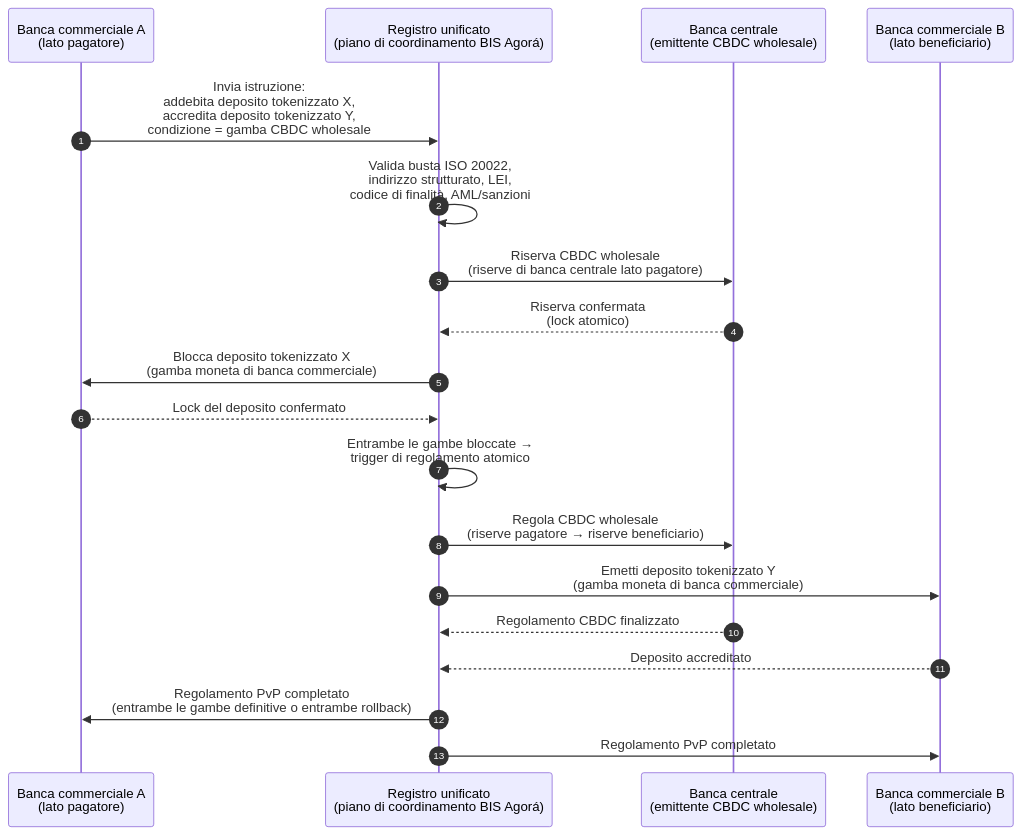
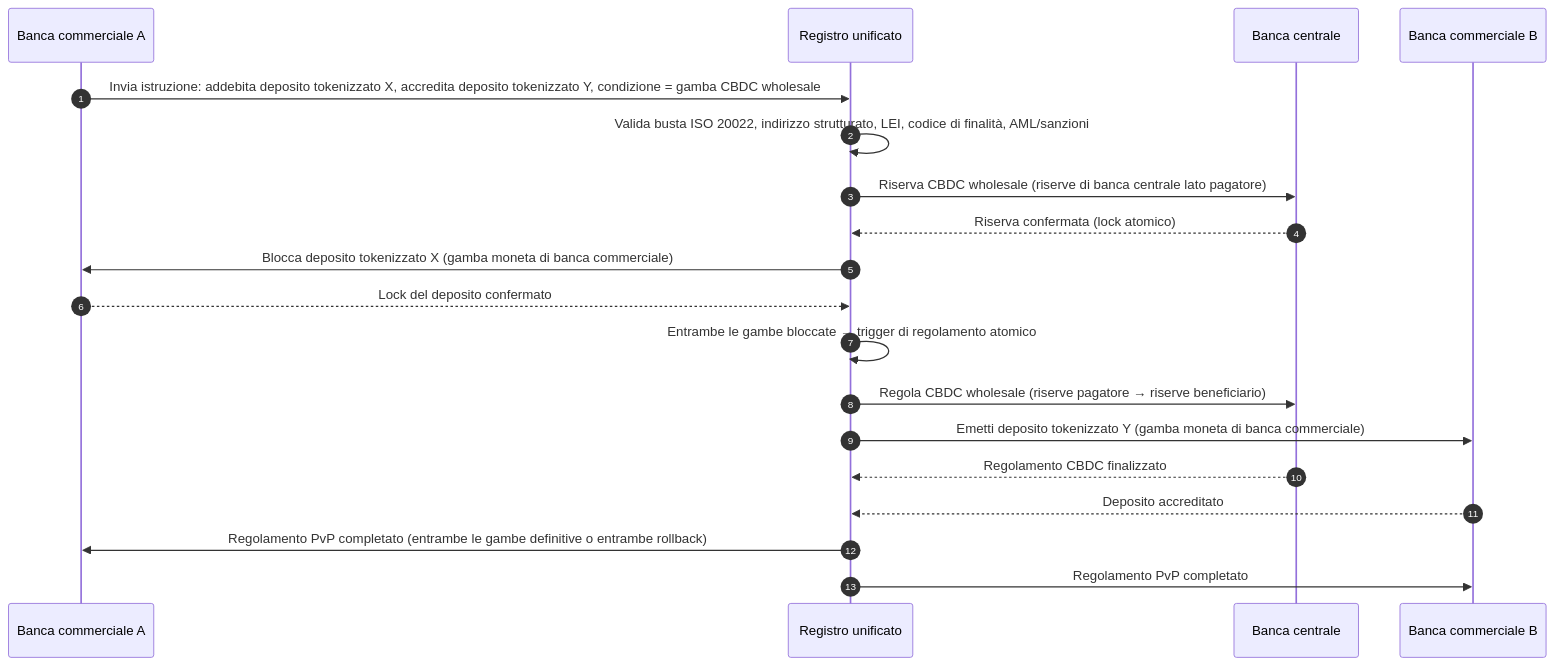
The diagram in _posts/it/2026-06-06-wholesale-payments-index-iso20022-tokenised-deposits-cross-border-2026.md (sebastienrousseau/sebastienrousseau.github.io), drawn with Mermaid before and after one commit. The commit also changed 2231 other files, not shown here.

First line of the commit message:
fix(mermaid): unblock Mermaid v10 rendering end-to-end (#198)

````diff
--- a/_posts/it/2026-06-06-wholesale-payments-index-iso20022-tokenised-deposits-cross-border-2026.md
+++ b/_posts/it/2026-06-06-wholesale-payments-index-iso20022-tokenised-deposits-cross-border-2026.md
@@ -170,22 +170,21 @@
 ```mermaid
 sequenceDiagram
     autonumber
-    participant CB_A as Banca commerciale A<br/>(lato pagatore)
-    participant UL as Registro unificato<br/>(piano di coordinamento BIS Agorá)
-    participant CBNK as Banca centrale<br/>(emittente CBDC wholesale)
-    participant CB_B as Banca commerciale B<br/>(lato beneficiario)
-
-    CB_A->>UL: Invia istruzione:<br/>addebita deposito tokenizzato X,<br/>accredita deposito tokenizzato Y,<br/>condizione = gamba CBDC wholesale
-    UL->>UL: Valida busta ISO 20022,<br/>indirizzo strutturato, LEI,<br/>codice di finalità, AML/sanzioni
-    UL->>CBNK: Riserva CBDC wholesale<br/>(riserve di banca centrale lato pagatore)
-    CBNK-->>UL: Riserva confermata<br/>(lock atomico)
-    UL->>CB_A: Blocca deposito tokenizzato X<br/>(gamba moneta di banca commerciale)
+    participant CB_A as Banca commerciale A
+    participant UL as Registro unificato
+    participant CBNK as Banca centrale
+    participant CB_B as Banca commerciale B
+    CB_A->>UL: Invia istruzione: addebita deposito tokenizzato X, accredita deposito tokenizzato Y, condizione = gamba CBDC wholesale
+    UL->>UL: Valida busta ISO 20022, indirizzo strutturato, LEI, codice di finalità, AML/sanzioni
+    UL->>CBNK: Riserva CBDC wholesale (riserve di banca centrale lato pagatore)
+    CBNK-->>UL: Riserva confermata (lock atomico)
+    UL->>CB_A: Blocca deposito tokenizzato X (gamba moneta di banca commerciale)
     CB_A-->>UL: Lock del deposito confermato
-    UL->>UL: Entrambe le gambe bloccate →<br/>trigger di regolamento atomico
-    UL->>CBNK: Regola CBDC wholesale<br/>(riserve pagatore → riserve beneficiario)
-    UL->>CB_B: Emetti deposito tokenizzato Y<br/>(gamba moneta di banca commerciale)
+    UL->>UL: Entrambe le gambe bloccate → trigger di regolamento atomico
+    UL->>CBNK: Regola CBDC wholesale (riserve pagatore → riserve beneficiario)
+    UL->>CB_B: Emetti deposito tokenizzato Y (gamba moneta di banca commerciale)
     CBNK-->>UL: Regolamento CBDC finalizzato
     CB_B-->>UL: Deposito accreditato
-    UL->>CB_A: Regolamento PvP completato<br/>(entrambe le gambe definitive o entrambe rollback)
+    UL->>CB_A: Regolamento PvP completato (entrambe le gambe definitive o entrambe rollback)
     UL->>CB_B: Regolamento PvP completato
 ```
````
